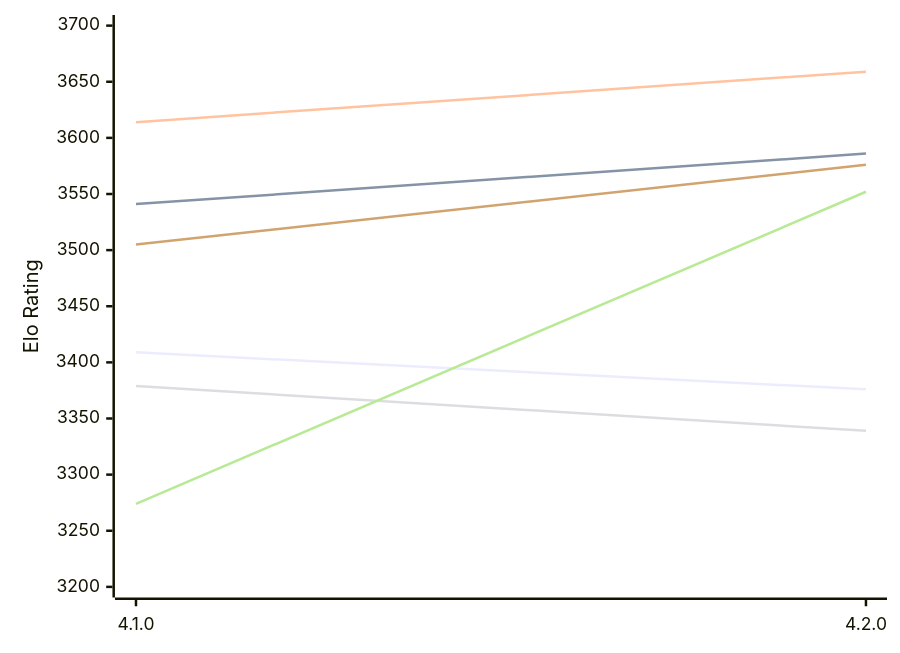
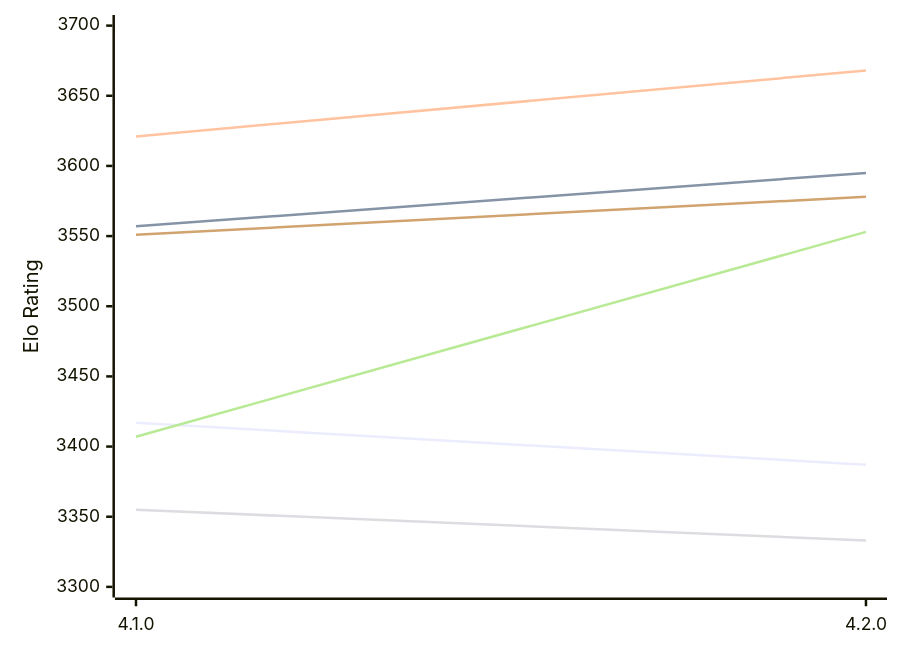
The first of 2 diagrams in engines/Raphael.md (computer-chess-index/cci), drawn with Mermaid before and after one commit. The commit also changed other lines of this file, not shown here.

Commit message:
Update CCI Ratings (ELO VLTC) - 2026-11-16

````diff
--- a/engines/Raphael.md
+++ b/engines/Raphael.md
@@ -59,12 +59,12 @@
 ```mermaid
 %%{init: {"theme":"base","themeVariables":{"seriesColors:['#a3a3a3','#222221','#faa371']}}}%%
 xychart-beta
   x-axis ["4.1.0", "4.2.0"]
-  y-axis "Elo Rating" 3200 --> 3700
-  line "E1: STC (8.0+0.08s)" [3409, 3376]
-  line "E1: LTC (60.0+0.60s)" [3541, 3586]
-  line "E1: VLTC (2m24s+1.12s)" [3614, 3659]
-  line "P1: STC (8.0+0.08s)" [3379, 3339]
-  line "P1: LTC (60.0+0.60s)" [3274, 3552]
-  line "P1: VLTC (2m24s+1.12s)" [3505, 3576]
+  y-axis "Elo Rating" 3300 --> 3700
+  line "E1: STC (8.0+0.08s)" [3417, 3387]
+  line "E1: LTC (60.0+0.60s)" [3557, 3595]
+  line "E1: VLTC (2m24s+1.12s)" [3621, 3668]
+  line "P1: STC (8.0+0.08s)" [3355, 3333]
+  line "P1: LTC (60.0+0.60s)" [3407, 3553]
+  line "P1: VLTC (2m24s+1.12s)" [3551, 3578]
 ```
````
